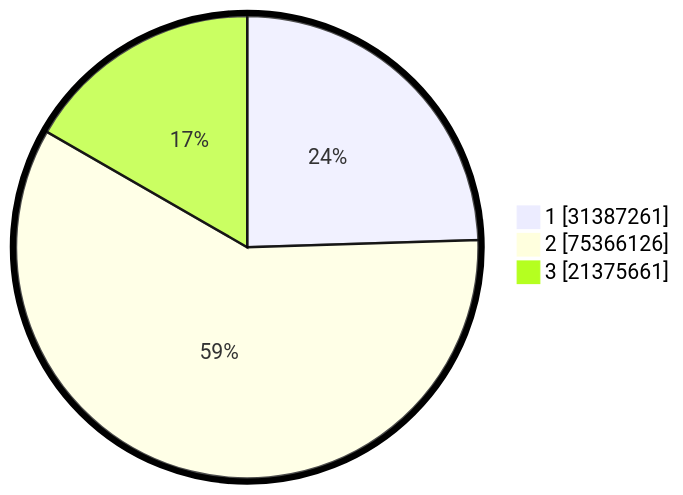
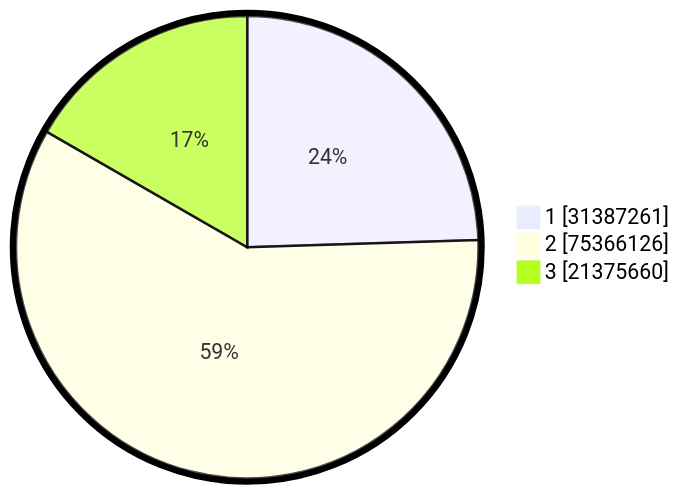
One commit to gigit-pemilu/pemilu-2024 changed the second of 2 diagrams in pilpres/hitung-suara/README.md. Above: the diagram before and after it, drawn with Mermaid. The commit also changed other lines of this file and 5 other files, not shown here.

````diff
--- a/pilpres/hitung-suara/README.md
+++ b/pilpres/hitung-suara/README.md
@@ -93,7 +93,7 @@
 ```mermaid
 %%{init: {"pie": {"textPosition": 0.5}, "themeVariables": {"pieOuterStrokeWidth": "5px"}} }%%
 pie showData
     "1" : 31387261
     "2" : 75366126
-    "3" : 21375661
+    "3" : 21375660
 ```
````
